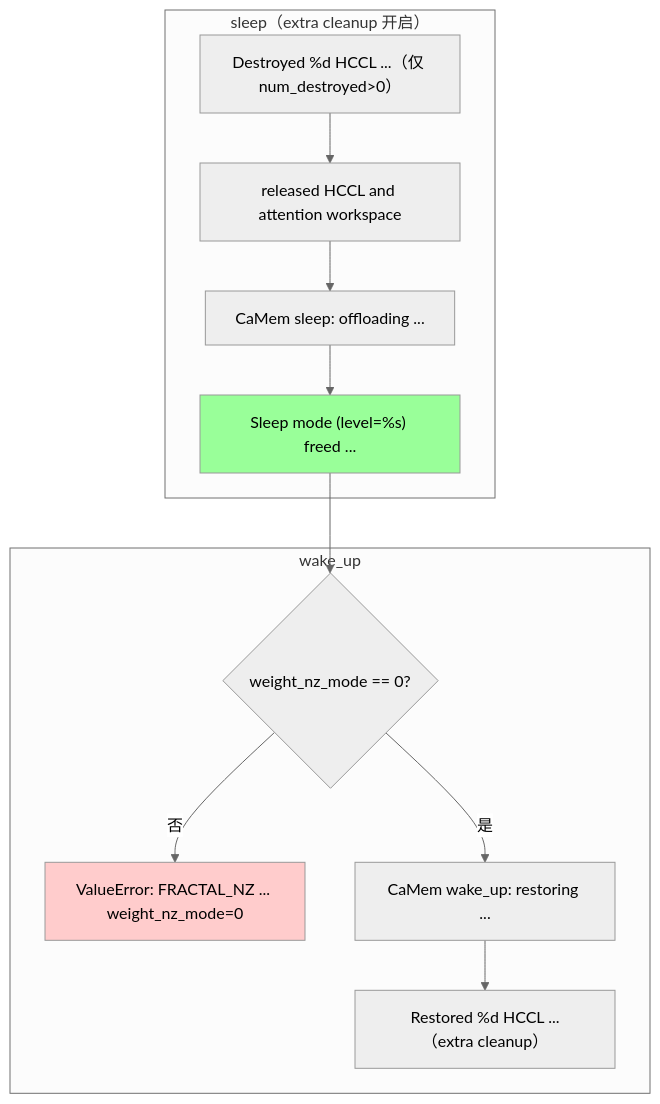
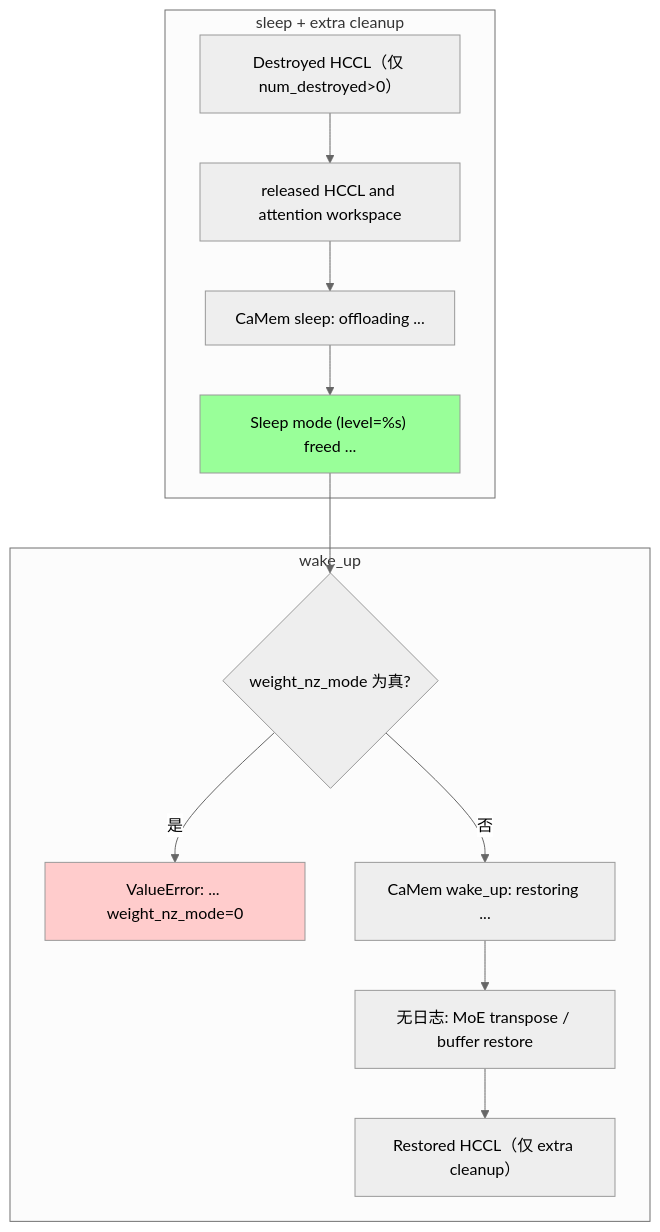
Before and after one commit to yjyang62/vllm-ascend: the third of 5 diagrams in docs/source/developer_guide/performance_and_debug/rl_log_guide.md, drawn with Mermaid (neutral theme). The commit also changed other lines of this file, not shown here.

````diff
--- a/docs/source/developer_guide/performance_and_debug/rl_log_guide.md
+++ b/docs/source/developer_guide/performance_and_debug/rl_log_guide.md
@@ -263,16 +272,17 @@
 ```mermaid
 flowchart TD
-    subgraph sleep["sleep（extra cleanup 开启）"]
-        S1["Destroyed %d HCCL ...（仅 num_destroyed>0）"] --> S2["released HCCL and attention workspace"]
+    subgraph sleep_extra["sleep + extra cleanup"]
+        S1["Destroyed HCCL（仅 num_destroyed>0）"] --> S2["released HCCL and attention workspace"]
         S2 --> S3["CaMem sleep: offloading ..."]
         S3 --> S4["Sleep mode (level=%s) freed ..."]
     end
     subgraph wake["wake_up"]
-        S4 --> W1{"weight_nz_mode == 0?"}
-        W1 -- 否 --> W2["ValueError: FRACTAL_NZ ... weight_nz_mode=0"]
-        W1 -- 是 --> W3["CaMem wake_up: restoring ..."]
-        W3 --> W4["Restored %d HCCL ...（extra cleanup）"]
+        S4 --> W1{"weight_nz_mode 为真?"}
+        W1 -- 是 --> W2["ValueError: ... weight_nz_mode=0"]
+        W1 -- 否 --> W3["CaMem wake_up: restoring ..."]
+        W3 --> W3b["无日志: MoE transpose / buffer restore"]
+        W3b --> W4["Restored HCCL（仅 extra cleanup）"]
     end
     style W2 fill:#ffcccc
     style S4 fill:#99ff99
 ```
````
